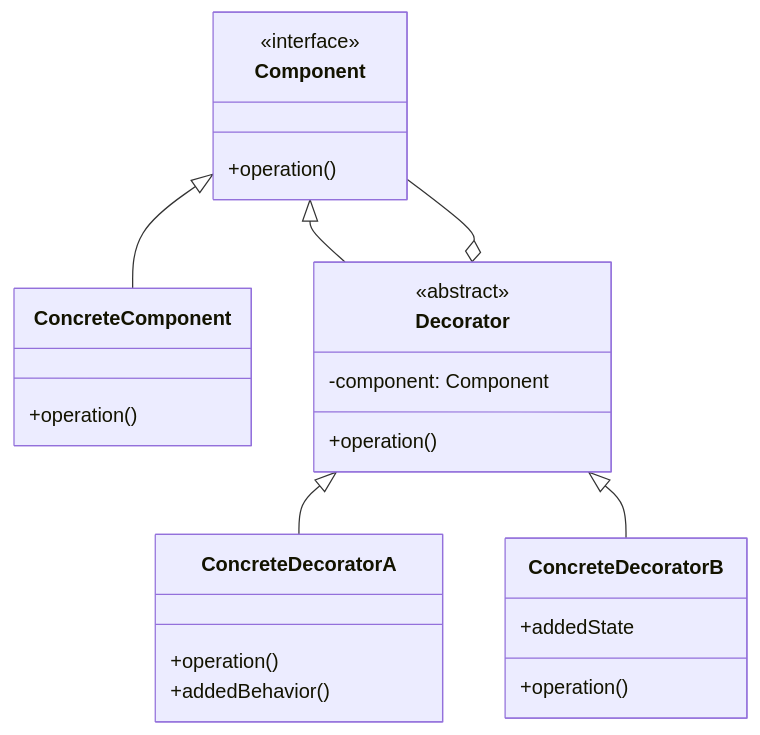
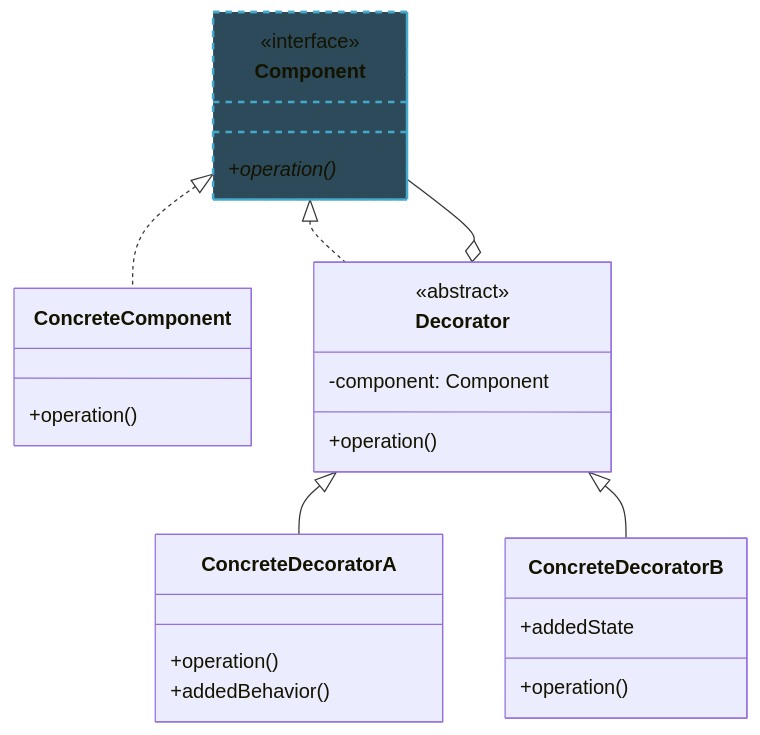
The fourth of 6 diagrams in lecture-slides/l8-design-for-change-2.mdx (neu-pdi/cs3100-public-resources), drawn with Mermaid before and after one commit. The commit also changed other lines of this file and 2 other files, not shown here.

````diff
--- a/lecture-slides/l8-design-for-change-2.mdx
+++ b/lecture-slides/l8-design-for-change-2.mdx
@@ -1172,33 +1198,35 @@
 ```mermaid
 classDiagram
     class Component {
         <<interface>>
-        +operation()
+        +operation()*
     }
 
     class ConcreteComponent {
         +operation()
     }
 
     class Decorator {
         <<abstract>>
         -component: Component
         +operation()
     }
 
     class ConcreteDecoratorA {
         +operation()
         +addedBehavior()
     }
 
     class ConcreteDecoratorB {
         +operation()
         +addedState
     }
 
-    Component <|-- ConcreteComponent
-    Component <|-- Decorator
+    Component <|.. ConcreteComponent
+    Component <|.. Decorator
     Decorator <|-- ConcreteDecoratorA
     Decorator <|-- ConcreteDecoratorB
     Decorator o-- Component
+
+style Component fill:#2d4a5a,stroke:#4ac,stroke-width:2px,stroke-dasharray: 5 5
 ```
````
